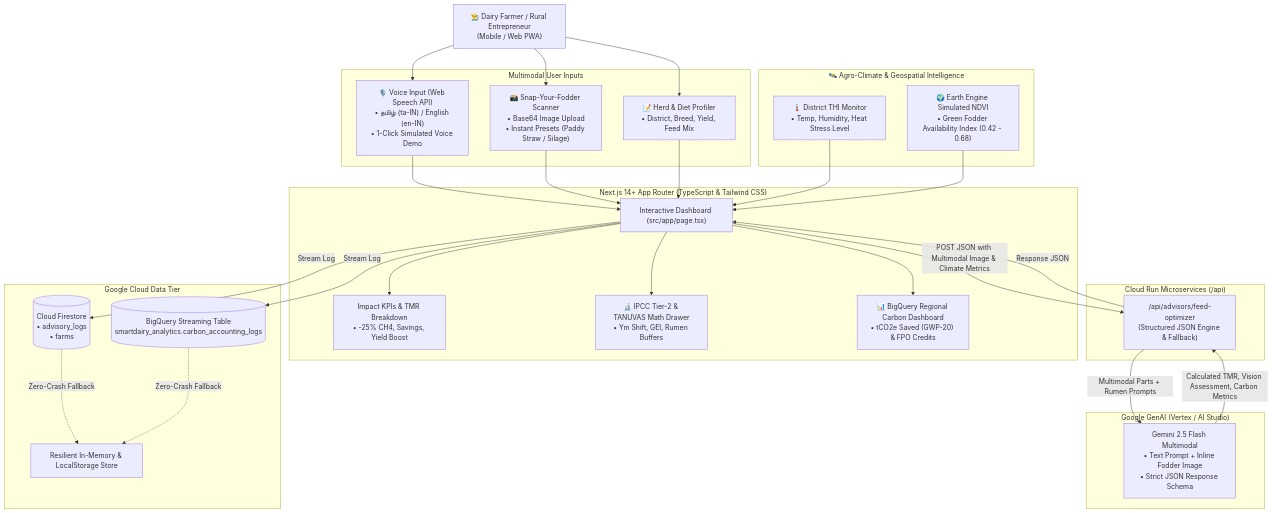
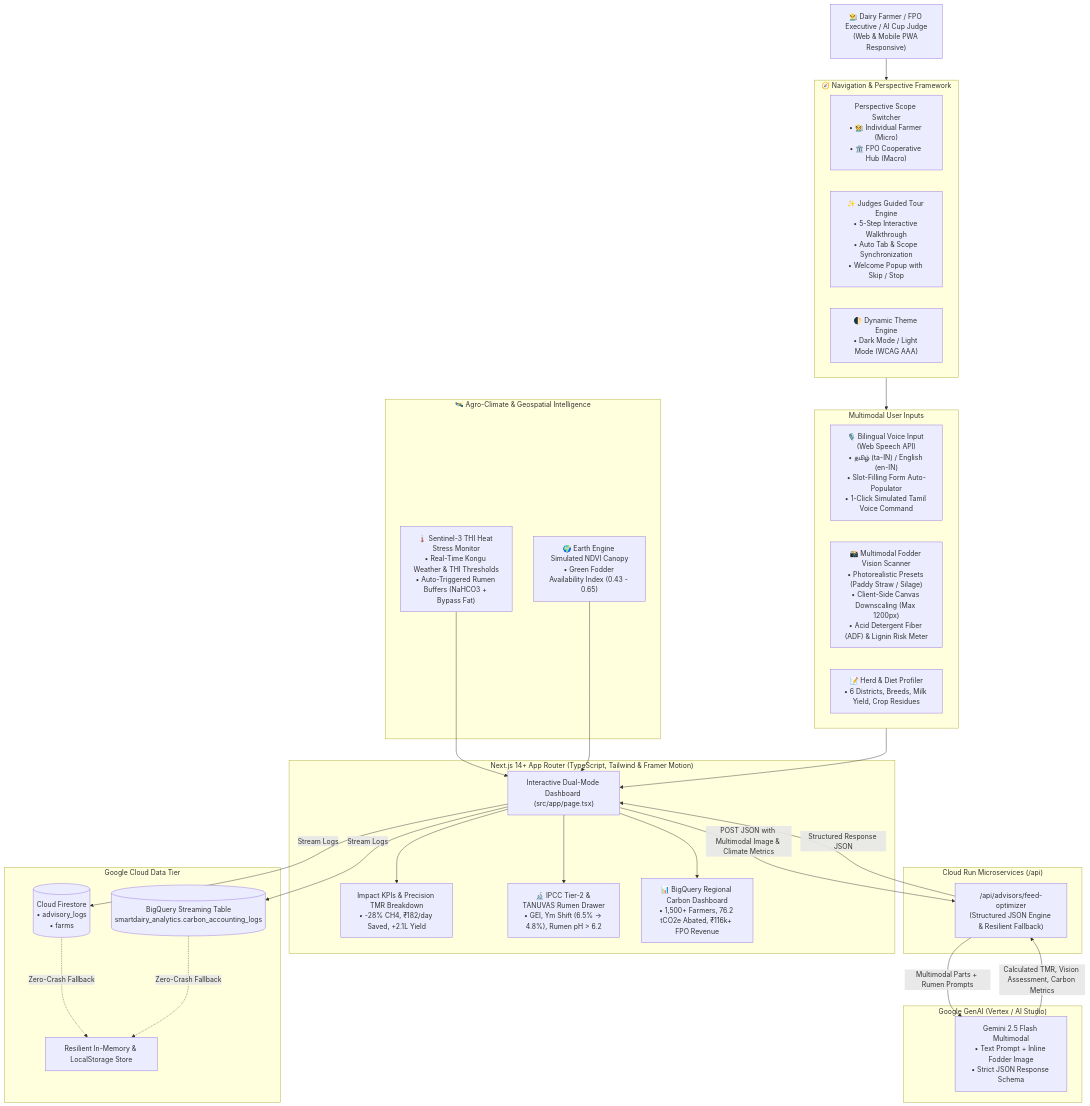
One commit to shanthoshrajelumalai/smartdiary-ai changed the diagram in README.md. Above: the diagram before and after it, drawn with Mermaid. The commit also changed other lines of this file and 1 other file, not shown here.

Commit message:
feat: scaffold Next.js frontend with AI TMR optimization and carbon ledger dashboards

````diff
--- a/README.md
+++ b/README.md
@@ -19,47 +22,54 @@
 ```mermaid
 flowchart TD
-    User["👨‍🌾 Dairy Farmer / Rural Entrepreneur\n(Mobile / Web PWA)"]
+    User["👨‍🌾 Dairy Farmer / FPO Executive / AI Cup Judge\n(Web & Mobile PWA Responsive)"]
     
+    subgraph NavigationLayer ["🧭 Navigation & Perspective Framework"]
+        PerspectiveScope["Perspective Scope Switcher\n• 🧑‍🌾 Individual Farmer (Micro)\n• 🏛️ FPO Cooperative Hub (Macro)"]
+        JudgesTour["✨ Judges Guided Tour Engine\n• 5-Step Interactive Walkthrough\n• Auto Tab & Scope Synchronization\n• Welcome Popup with Skip / Stop"]
+        ThemeEngine["🌓 Dynamic Theme Engine\n• Dark Mode / Light Mode (WCAG AAA)"]
+    end
+
     subgraph Inputs ["Multimodal User Inputs"]
-        VoiceInput["🎙️ Voice Input (Web Speech API)\n• தமிழ் (ta-IN) / English (en-IN)\n• 1-Click Simulated Voice Demo"]
-        VisionInput["📸 Snap-Your-Fodder Scanner\n• Base64 Image Upload\n• Instant Presets (Paddy Straw / Silage)"]
-        HerdForm["📝 Herd & Diet Profiler\n• District, Breed, Yield, Feed Mix"]
+        VoiceInput["🎙️ Bilingual Voice Input (Web Speech API)\n• தமிழ் (ta-IN) / English (en-IN)\n• Slot-Filling Form Auto-Populator\n• 1-Click Simulated Tamil Voice Command"]
+        VisionInput["📸 Multimodal Fodder Vision Scanner\n• Photorealistic Presets (Paddy Straw / Silage)\n• Client-Side Canvas Downscaling (Max 1200px)\n• Acid Detergent Fiber (ADF) & Lignin Risk Meter"]
+        HerdForm["📝 Herd & Diet Profiler\n• 6 Districts, Breeds, Milk Yield, Crop Residues"]
     end
 
     subgraph ClimateContext ["🛰️ Agro-Climate & Geospatial Intelligence"]
-        THIMonitor["🌡️ District THI Monitor\n• Temp, Humidity, Heat Stress Level"]
-        EarthEngine["🌍 Earth Engine Simulated NDVI\n• Green Fodder Availability Index (0.42 - 0.68)"]
+        THIMonitor["🌡️ Sentinel-3 THI Heat Stress Monitor\n• Real-Time Kongu Weather & THI Thresholds\n• Auto-Triggered Rumen Buffers (NaHCO3 + Bypass Fat)"]
+        EarthEngine["🌍 Earth Engine Simulated NDVI Canopy\n• Green Fodder Availability Index (0.43 - 0.65)"]
     end
 
-    subgraph Frontend ["Next.js 14+ App Router (TypeScript & Tailwind CSS)"]
-        UI["Interactive Dashboard (src/app/page.tsx)"]
-        KPIs["Impact KPIs & TMR Breakdown\n• -25% CH4, Savings, Yield Boost"]
-        ScientificModal["🔬 IPCC Tier-2 & TANUVAS Math Drawer\n• Ym Shift, GEI, Rumen Buffers"]
-        BigQueryAggregator["📊 BigQuery Regional Carbon Dashboard\n• tCO2e Saved (GWP-20) & FPO Credits"]
+    subgraph Frontend ["Next.js 14+ App Router (TypeScript, Tailwind & Framer Motion)"]
+        UI["Interactive Dual-Mode Dashboard (src/app/page.tsx)"]
+        KPIs["Impact KPIs & Precision TMR Breakdown\n• -28% CH4, ₹182/day Saved, +2.1L Yield"]
+        ScientificModal["🔬 IPCC Tier-2 & TANUVAS Rumen Drawer\n• GEI, Ym Shift (6.5% → 4.8%), Rumen pH > 6.2"]
+        BigQueryAggregator["📊 BigQuery Regional Carbon Dashboard\n• 1,500+ Farmers, 76.2 tCO2e Abated, ₹116k+ FPO Revenue"]
     end
 
     subgraph BackendAPI ["Cloud Run Microservices (/api)"]
-        OptimizerAPI["/api/advisors/feed-optimizer\n(Structured JSON Engine & Fallback)"]
+        OptimizerAPI["/api/advisors/feed-optimizer\n(Structured JSON Engine & Resilient Fallback)"]
     end
 
     subgraph GoogleCloudAI ["Google GenAI (Vertex / AI Studio)"]
         Gemini["Gemini 2.5 Flash Multimodal\n• Text Prompt + Inline Fodder Image\n• Strict JSON Response Schema"]
     end
 
-    subgraph DataStorage ["Google Cloud Data Tier"]
+    subgraph DataTier ["Google Cloud Data Tier"]
         Firestore[("Cloud Firestore\n• advisory_logs\n• farms")]
         BigQuery[("BigQuery Streaming Table\nsmartdairy_analytics.carbon_accounting_logs")]
         LocalFallback["Resilient In-Memory & LocalStorage Store"]
     end
 
-    User --> VoiceInput & VisionInput & HerdForm
-    VoiceInput & VisionInput & HerdForm --> UI
+    User --> NavigationLayer
+    NavigationLayer --> Inputs
+    Inputs --> UI
     THIMonitor & EarthEngine --> UI
     UI -->|POST JSON with Multimodal Image & Climate Metrics| OptimizerAPI
     OptimizerAPI -->|Multimodal Parts + Rumen Prompts| Gemini
     Gemini -->|Calculated TMR, Vision Assessment, Carbon Metrics| OptimizerAPI
-    OptimizerAPI -->|Response JSON| UI
+    OptimizerAPI -->|Structured Response JSON| UI
     UI --> KPIs & ScientificModal & BigQueryAggregator
-    UI -->|Stream Log| Firestore & BigQuery
+    UI -->|Stream Logs| Firestore & BigQuery
     Firestore & BigQuery -.->|Zero-Crash Fallback| LocalFallback
 ```
````
